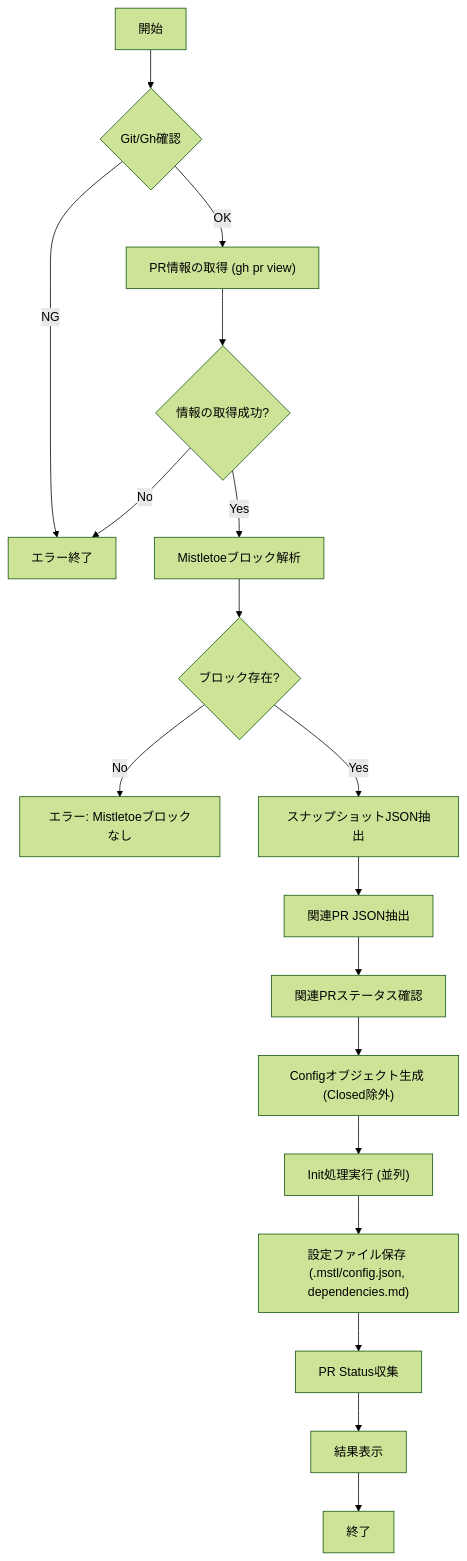
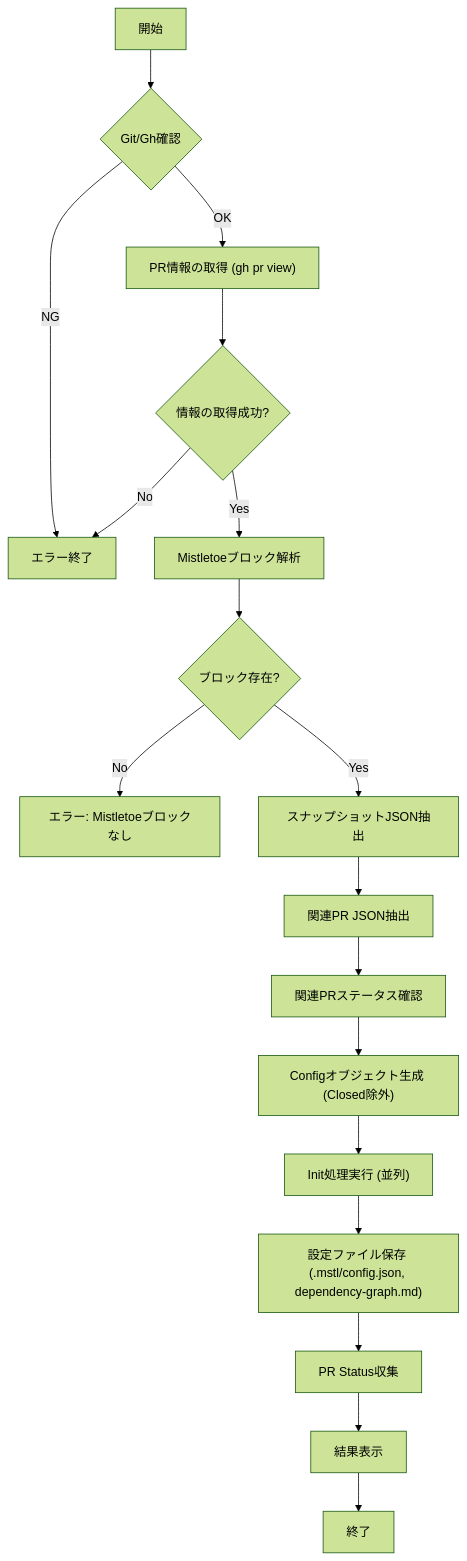
The diagram in docs/internal/app/pr_checkout.md (keiji/mistletoe), drawn with Mermaid (forest theme) before and after one commit. The commit also changed other lines of this file and 20 other files, not shown here.

````diff
--- a/docs/internal/app/pr_checkout.md
+++ b/docs/internal/app/pr_checkout.md
@@ -52,20 +52,20 @@
 ```mermaid
 flowchart TD
     Start["開始"] --> CheckEnv{"Git/Gh確認"}
     CheckEnv -- NG --> ErrorEnv["エラー終了"]
     CheckEnv -- OK --> GetPRInfo["PR情報の取得 (gh pr view)"]
     GetPRInfo --> CheckInfo{"情報の取得成功?"}
     CheckInfo -- No --> ErrorEnv
     CheckInfo -- Yes --> ParseBlock["Mistletoeブロック解析"]
     ParseBlock --> CheckBlock{"ブロック存在?"}
     CheckBlock -- No --> ErrorBlock["エラー: Mistletoeブロックなし"]
     CheckBlock -- Yes --> ExtractSnap["スナップショットJSON抽出"]
     ExtractSnap --> ExtractRel["関連PR JSON抽出"]
     ExtractRel --> CheckRelStatus["関連PRステータス確認"]
     CheckRelStatus --> FilterConfig["Configオブジェクト生成 (Closed除外)"]
     FilterConfig --> ExecInit["Init処理実行 (並列)"]
-    ExecInit --> SaveConfig["設定ファイル保存 (.mstl/config.json, dependencies.md)"]
+    ExecInit --> SaveConfig["設定ファイル保存 (.mstl/config.json, dependency-graph.md)"]
     SaveConfig --> CollectStatus["PR Status収集"]
     CollectStatus --> ShowResult["結果表示"]
     ShowResult --> End["終了"]
 ```
````
